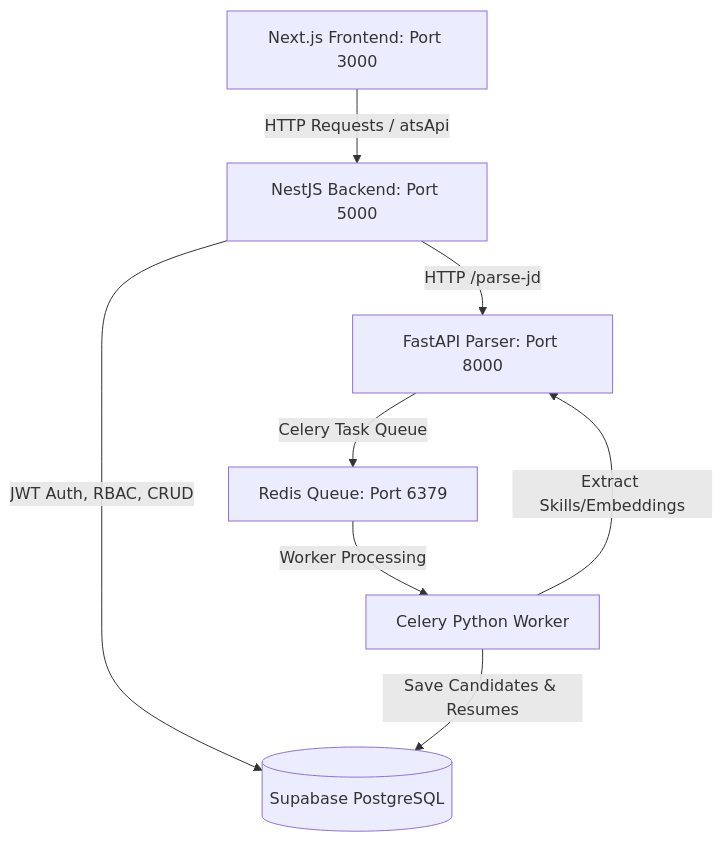
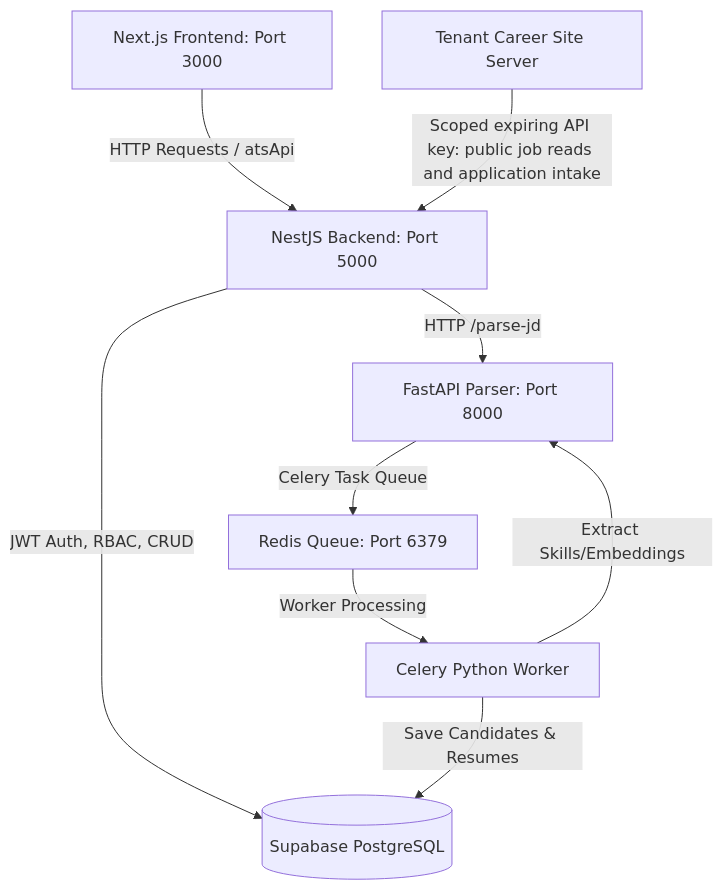
One commit to enfycon-inc/ATS_DOCKERREPO changed the diagram in PROJECT_ARCHITECTURE_BLUEPRINT.md. Above: the diagram before and after it, drawn with Mermaid. The commit also changed other lines of this file, not shown here.

Commit message:
feat: add tenant public jobs API architecture specification and blue-green release controller

````diff
--- a/PROJECT_ARCHITECTURE_BLUEPRINT.md
+++ b/PROJECT_ARCHITECTURE_BLUEPRINT.md
@@ -9,10 +9,11 @@
 ```mermaid
 graph TD
     Client[Next.js Frontend: Port 3000] -->|HTTP Requests / atsApi| Backend[NestJS Backend: Port 5000]
+    CareerSite[Tenant Career Site Server] -->|Scoped expiring API key: public job reads and application intake| Backend
     Backend -->|JWT Auth, RBAC, CRUD| Postgres[(Supabase PostgreSQL)]
     Backend -->|HTTP /parse-jd| FastAPI[FastAPI Parser: Port 8000]
     FastAPI -->|Celery Task Queue| Redis[Redis Queue: Port 6379]
     Redis -->|Worker Processing| Worker[Celery Python Worker]
     Worker -->|Extract Skills/Embeddings| FastAPI
     Worker -->|Save Candidates & Resumes| Postgres
 ```
````
